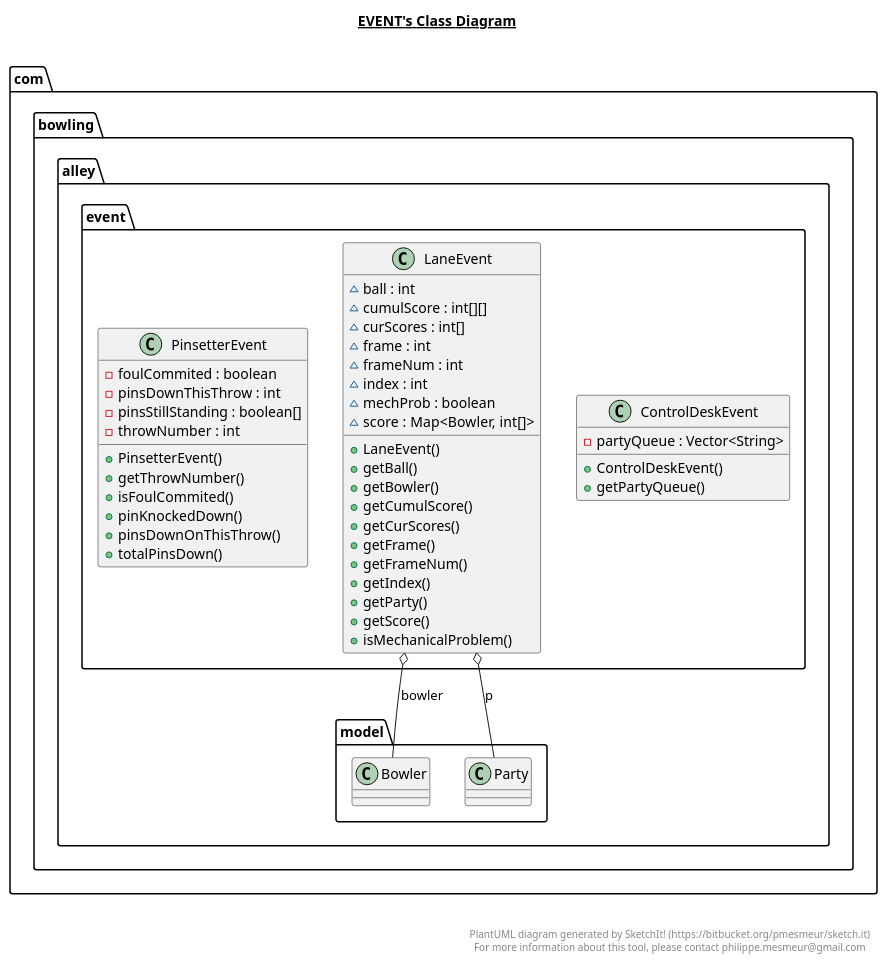
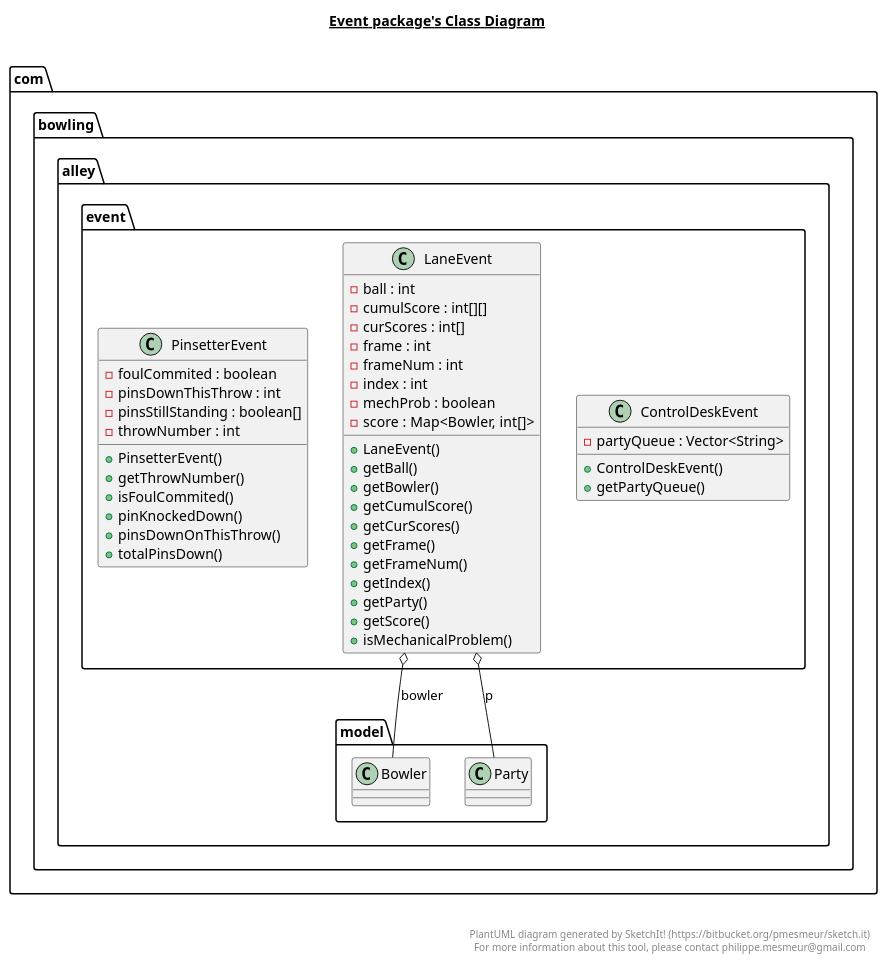
Before and after one commit to akshayphate/bowlingalley: the diagram in src/com/bowling/alley/event/event.plantuml, drawn with PlantUML. The commit also changed 11 other files, not shown here.

```diff
--- a/src/com/bowling/alley/event/event.plantuml
+++ b/src/com/bowling/alley/event/event.plantuml
@@ -1,72 +1,72 @@
 @startuml
 
-title __EVENT's Class Diagram__\n
+title __Event package's Class Diagram__\n
 
   namespace com.bowling.alley {
     namespace event {
       class com.bowling.alley.event.ControlDeskEvent {
           - partyQueue : Vector<String>
           + ControlDeskEvent()
           + getPartyQueue()
       }
     }
   }
   
 
   namespace com.bowling.alley {
     namespace event {
       class com.bowling.alley.event.LaneEvent {
-          ~ ball : int
-          ~ cumulScore : int[][]
-          ~ curScores : int[]
-          ~ frame : int
-          ~ frameNum : int
-          ~ index : int
-          ~ mechProb : boolean
-          ~ score : Map<Bowler, int[]>
+          - ball : int
+          - cumulScore : int[][]
+          - curScores : int[]
+          - frame : int
+          - frameNum : int
+          - index : int
+          - mechProb : boolean
+          - score : Map<Bowler, int[]>
           + LaneEvent()
           + getBall()
           + getBowler()
           + getCumulScore()
           + getCurScores()
           + getFrame()
           + getFrameNum()
           + getIndex()
           + getParty()
           + getScore()
           + isMechanicalProblem()
       }
     }
   }
   
 
   namespace com.bowling.alley {
     namespace event {
       class com.bowling.alley.event.PinsetterEvent {
           - foulCommited : boolean
           - pinsDownThisThrow : int
           - pinsStillStanding : boolean[]
           - throwNumber : int
           + PinsetterEvent()
           + getThrowNumber()
           + isFoulCommited()
           + pinKnockedDown()
           + pinsDownOnThisThrow()
           + totalPinsDown()
       }
     }
   }
   
 
   com.bowling.alley.event.LaneEvent o-- com.bowling.alley.model.Bowler : bowler
   com.bowling.alley.event.LaneEvent o-- com.bowling.alley.model.Party : p
 
 
 right footer
 
 
 PlantUML diagram generated by SketchIt! (https://bitbucket.org/pmesmeur/sketch.it)
 For more information about this tool, please contact philippe.mesmeur@gmail.com
 endfooter
 
 @enduml
```
